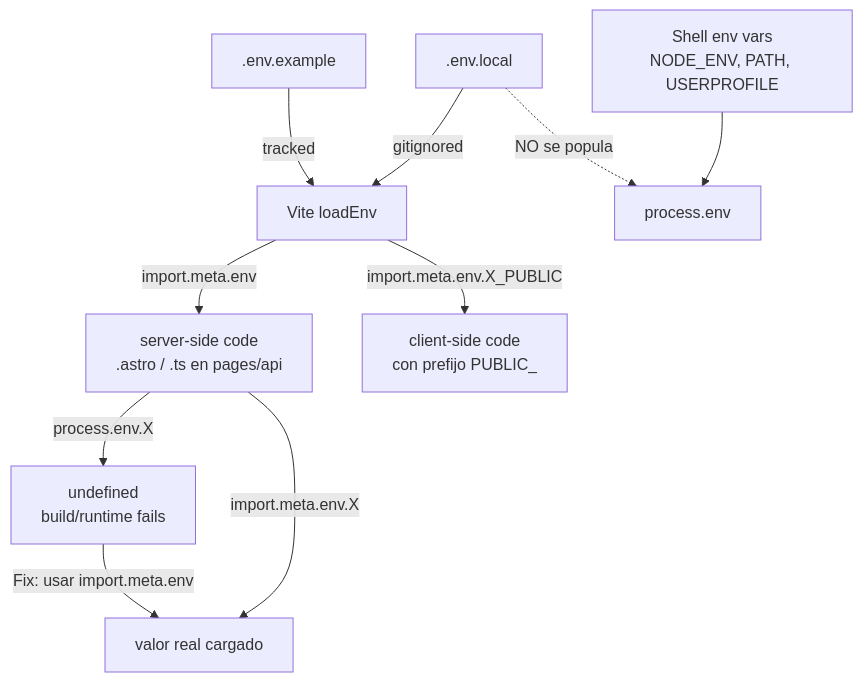
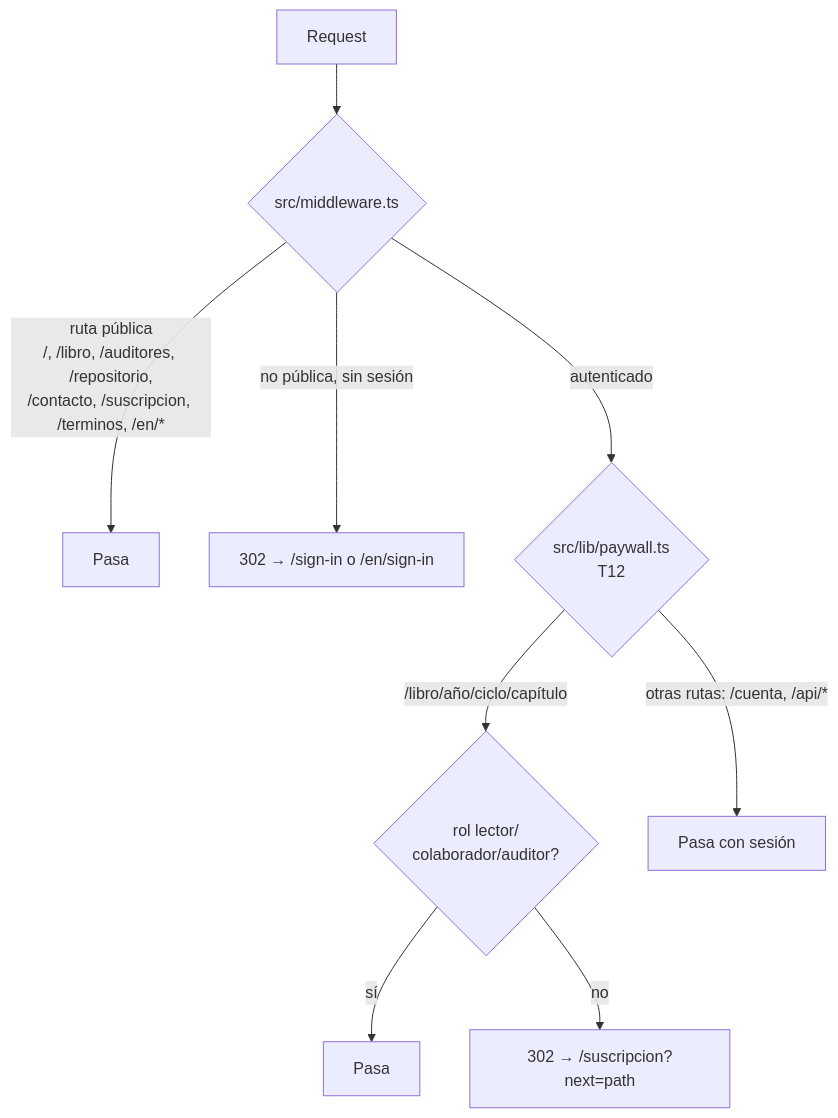
Before and after one commit to naujrevilo/plocos_astro: the first of 3 diagrams in docs/arquitectura.md, drawn with Mermaid. The commit also changed other lines of this file and 3 other files, not shown here.

````diff
--- a/docs/arquitectura.md
+++ b/docs/arquitectura.md
@@ -105,14 +39,11 @@
 ```mermaid
 flowchart TD
-    EnvLocal[.env.local] -->|gitignored| ViteLoader[Vite loadEnv]
-    EnvExample[.env.example] -->|tracked| ViteLoader
-    ViteLoader -->|import.meta.env| CodeServer[server-side code<br/>.astro / .ts en pages/api]
-    ViteLoader -->|import.meta.env.X_PUBLIC| CodeClient[client-side code<br/>con prefijo PUBLIC_]
-    ShellVars[Shell env vars<br/>NODE_ENV, PATH, USERPROFILE] --> ProcessEnv[process.env]
-    EnvLocal -.->|NO se popula| ProcessEnv
-
-    CodeServer -->|process.env.X| Broken[undefined<br/>build/runtime fails]
-    CodeServer -->|import.meta.env.X| Working[valor real cargado]
-
-    Broken -->|Fix: usar import.meta.env| Working
+    Req[Request] --> MW{src/middleware.ts}
+    MW -->|ruta pública<br/>/, /libro, /auditores, /repositorio,<br/>/contacto, /suscripcion, /terminos, /en/*| Pass1[Pasa]
+    MW -->|no pública, sin sesión| SignIn[302 → /sign-in o /en/sign-in]
+    MW -->|autenticado| PW{src/lib/paywall.ts<br/>T12}
+    PW -->|/libro/año/ciclo/capítulo| Role{rol lector/<br/>colaborador/auditor?}
+    Role -->|sí| Pass2[Pasa]
+    Role -->|no| Sub[302 → /suscripcion?next=path]
+    PW -->|otras rutas: /cuenta, /api/*| Pass3[Pasa con sesión]
 ```
````
